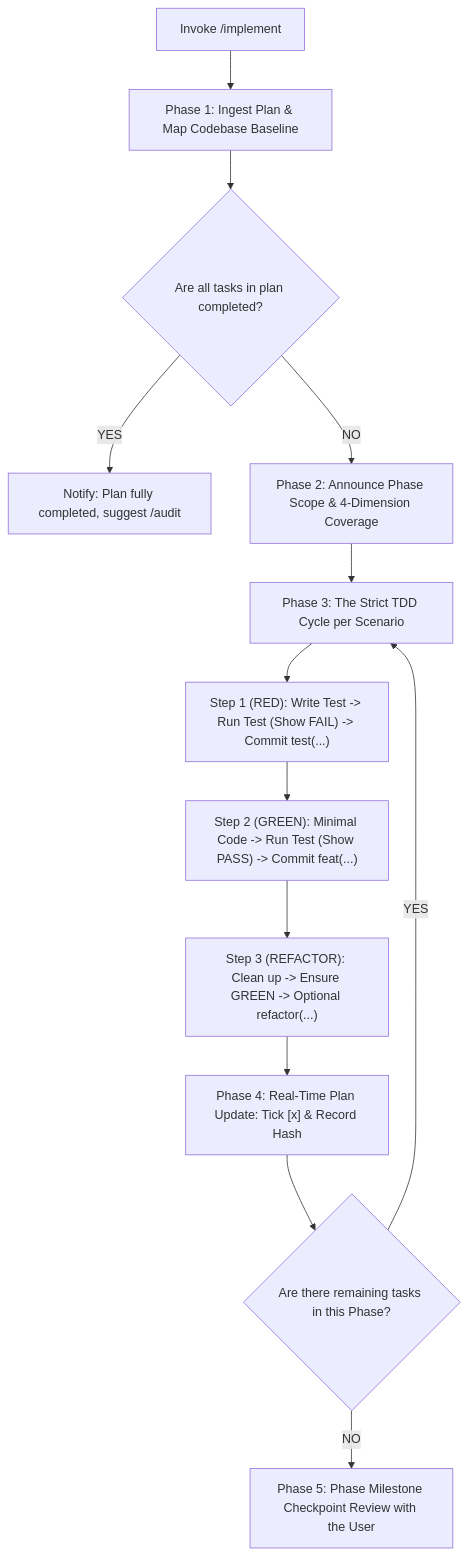
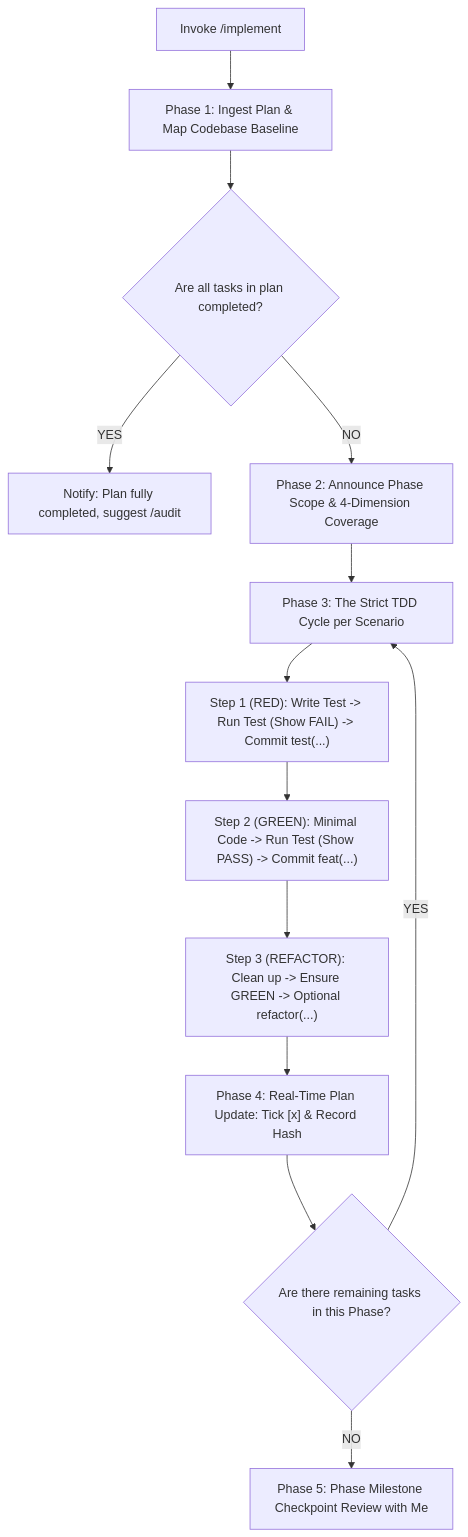
Before and after one commit to dimsedra/skills: the diagram in implement/SKILL.md, drawn with Mermaid. The commit also changed other lines of this file and 7 other files, not shown here.

````diff
--- a/implement/SKILL.md
+++ b/implement/SKILL.md
@@ -18,15 +18,15 @@
 ```mermaid
 flowchart TD
     A["Invoke /implement"] --> B["Phase 1: Ingest Plan & Map Codebase Baseline"]
     B --> C{"Are all tasks in plan completed?"}
     C -- YES --> D["Notify: Plan fully completed, suggest /audit"]
     C -- NO --> E["Phase 2: Announce Phase Scope & 4-Dimension Coverage"]
     E --> F["Phase 3: The Strict TDD Cycle per Scenario"]
     F --> G["Step 1 (RED): Write Test -> Run Test (Show FAIL) -> Commit test(...)"]
     G --> H["Step 2 (GREEN): Minimal Code -> Run Test (Show PASS) -> Commit feat(...)"]
     H --> I["Step 3 (REFACTOR): Clean up -> Ensure GREEN -> Optional refactor(...)"]
     I --> J["Phase 4: Real-Time Plan Update: Tick [x] & Record Hash"]
     J --> K{"Are there remaining tasks in this Phase?"}
     K -- YES --> F
-    K -- NO --> L["Phase 5: Phase Milestone Checkpoint Review with the User"]
+    K -- NO --> L["Phase 5: Phase Milestone Checkpoint Review with Me"]
 ```
````
